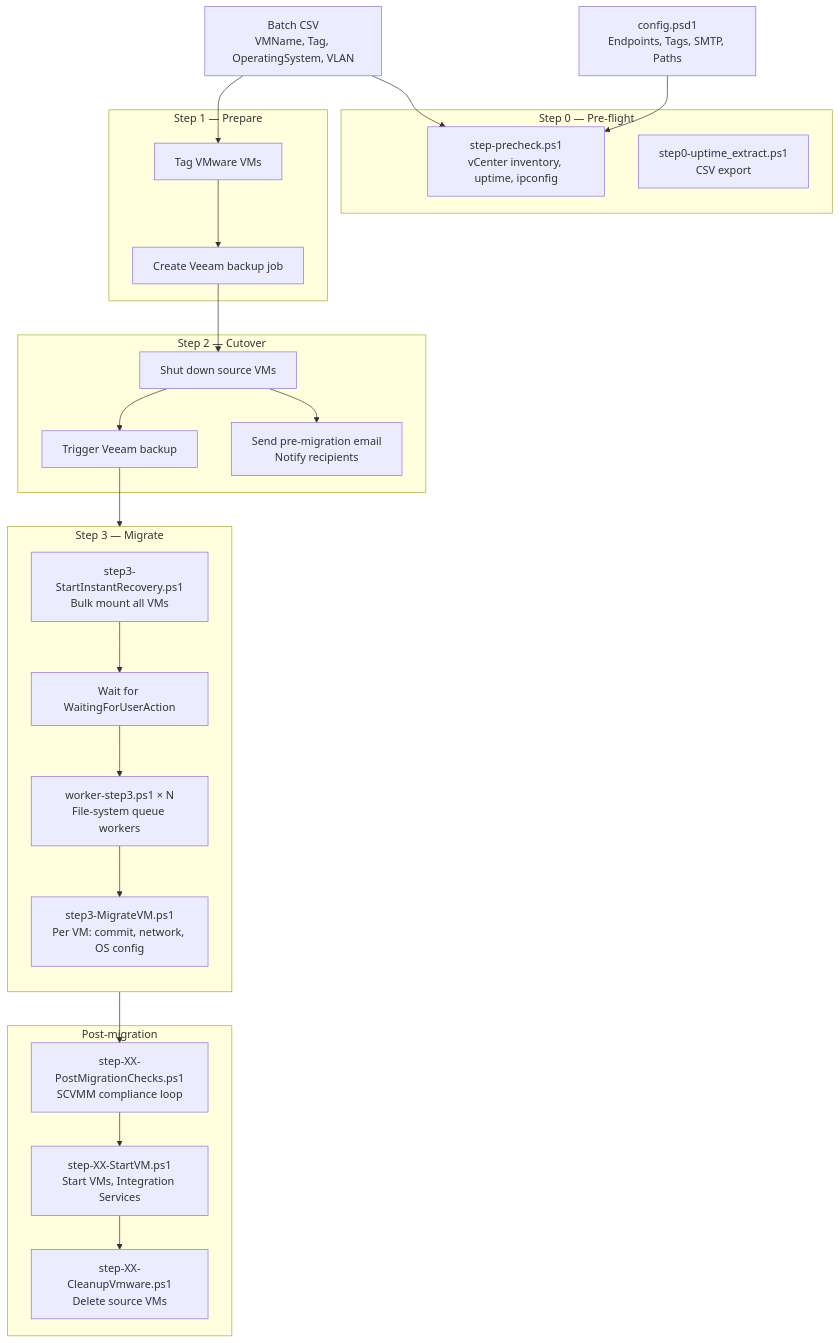
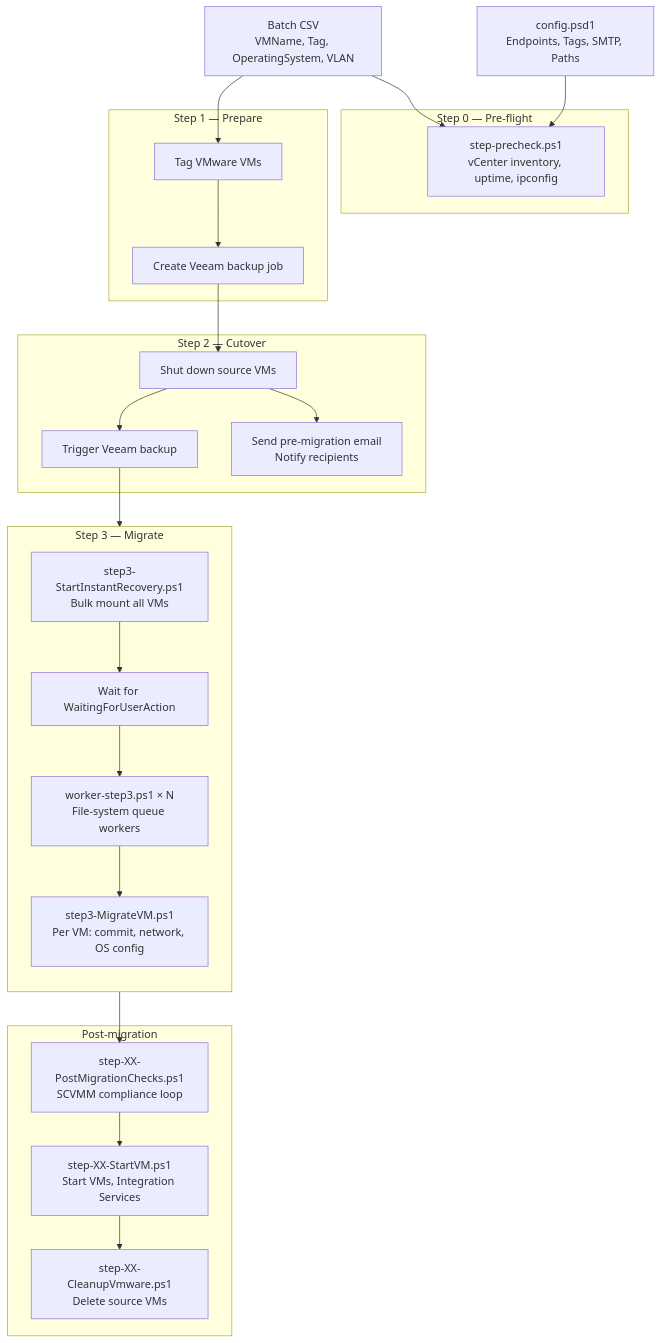
Before and after one commit to happyvm/vmware2hyperv: the first of 2 diagrams in README.md, drawn with Mermaid. The commit also changed other lines of this file and 11 other files, not shown here.

First line of the commit message:
refactor: supprimer step0-uptime_extract(_mail) — remplacé par step-precheck

````diff
--- a/README.md
+++ b/README.md
@@ -25,50 +25,49 @@
 ```mermaid
 flowchart TD
     CSV[Batch CSV\nVMName, Tag, OperatingSystem, VLAN]
     CFG[config.psd1\nEndpoints, Tags, SMTP, Paths]
 
     subgraph STEP0["Step 0 — Pre-flight"]
         PRECHECK[step-precheck.ps1\nvCenter inventory, uptime, ipconfig]
-        UPTIME[step0-uptime_extract.ps1\nCSV export]
     end
 
     subgraph STEP1["Step 1 — Prepare"]
         TAG[Tag VMware VMs]
         VEEAMJOB[Create Veeam backup job]
     end
 
     subgraph STEP2["Step 2 — Cutover"]
         SHUTDOWN[Shut down source VMs]
         BACKUP[Trigger Veeam backup]
         MAIL[Send pre-migration email\nNotify recipients]
     end
 
     subgraph STEP3["Step 3 — Migrate"]
         direction TB
         BULKIR[step3-StartInstantRecovery.ps1\nBulk mount all VMs]
         WAIT[Wait for WaitingForUserAction]
         WORKER[worker-step3.ps1 × N\nFile-system queue workers]
         MIGRATE[step3-MigrateVM.ps1\nPer VM: commit, network, OS config]
     end
 
     subgraph POST["Post-migration"]
         CHECKS[step-XX-PostMigrationChecks.ps1\nSCVMM compliance loop]
         STARTVM[step-XX-StartVM.ps1\nStart VMs, Integration Services]
         CLEANUP[step-XX-CleanupVmware.ps1\nDelete source VMs]
     end
 
     CSV --> PRECHECK
     CFG --> PRECHECK
     CSV --> TAG
     TAG --> VEEAMJOB
     VEEAMJOB --> SHUTDOWN
     SHUTDOWN --> BACKUP
     SHUTDOWN --> MAIL
     BACKUP --> BULKIR
     BULKIR --> WAIT
     WAIT --> WORKER
     WORKER --> MIGRATE
     MIGRATE --> CHECKS
     CHECKS --> STARTVM
     STARTVM --> CLEANUP
 ```
````
